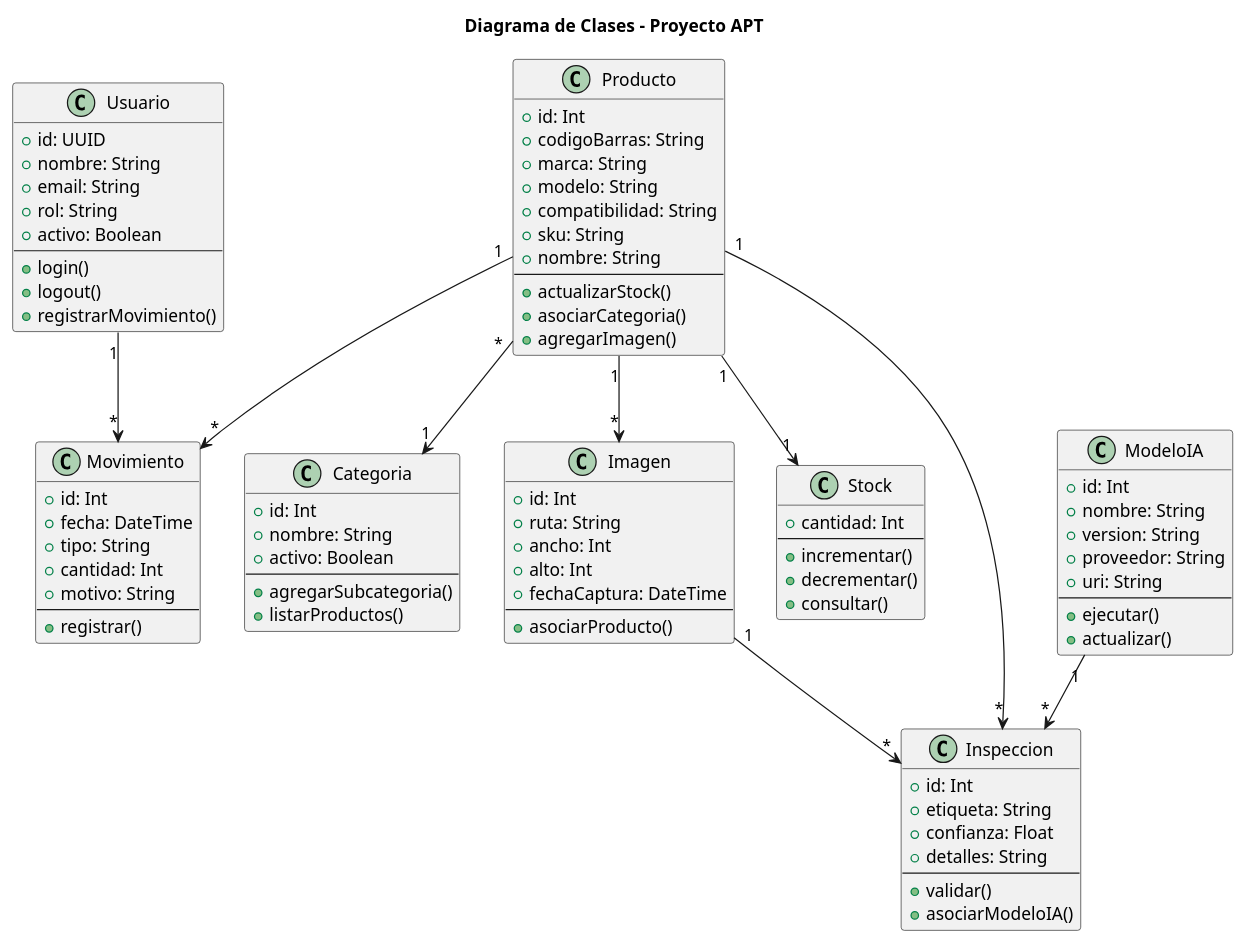
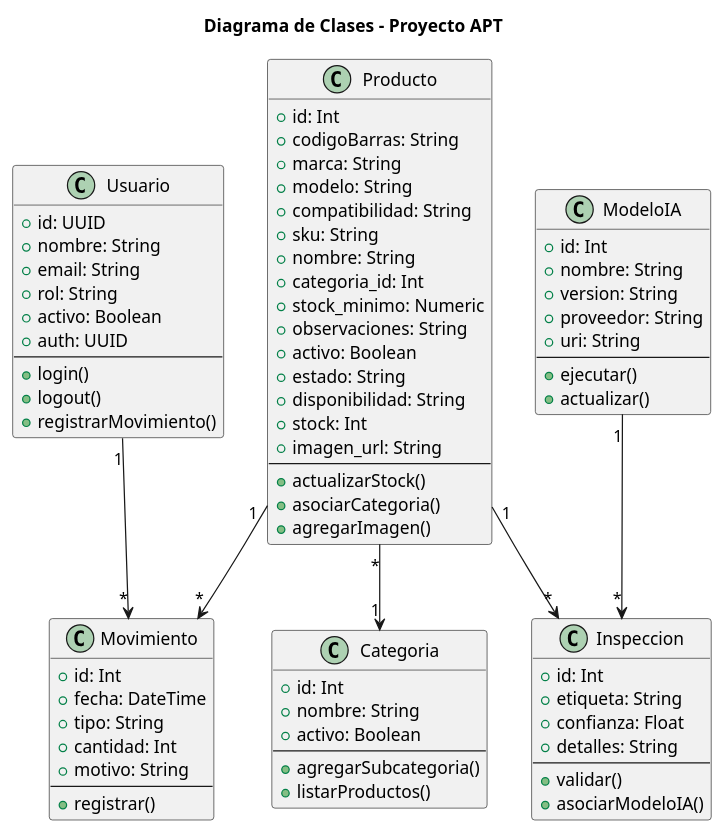
Before and after one commit to Tihare-Campusano/NEXA: the diagram in inventario-app/docs/diagramas/Diagrama_de_clase.puml, drawn with PlantUML. The commit also changed 10 other files, not shown here.

```diff
--- a/inventario-app/docs/diagramas/Diagrama_de_clase.puml
+++ b/inventario-app/docs/diagramas/Diagrama_de_clase.puml
@@ -1,98 +1,86 @@
 @startuml Diagrama_Clases_APT
 title Diagrama de Clases - Proyecto APT
 
 class Usuario {
     +id: UUID
     +nombre: String
     +email: String
     +rol: String
     +activo: Boolean
+    +auth: UUID
     --
     +login()
     +logout()
     +registrarMovimiento()
 }
 
 class Producto {
     +id: Int
     +codigoBarras: String
     +marca: String
     +modelo: String
     +compatibilidad: String
     +sku: String
     +nombre: String
+    +categoria_id: Int
+    +stock_minimo: Numeric
+    +observaciones: String
+    +activo: Boolean
+    +estado: String
+    +disponibilidad: String
+    +stock: Int
+    +imagen_url: String
     --
     +actualizarStock()
     +asociarCategoria()
     +agregarImagen()
 }
 
 class Categoria {
     +id: Int
     +nombre: String
     +activo: Boolean
     --
     +agregarSubcategoria()
     +listarProductos()
 }
 
-class Imagen {
-    +id: Int
-    +ruta: String
-    +ancho: Int
-    +alto: Int
-    +fechaCaptura: DateTime
-    --
-    +asociarProducto()
-}
-
 class Movimiento {
     +id: Int
     +fecha: DateTime
     +tipo: String
     +cantidad: Int
     +motivo: String
     --
     +registrar()
-}
-
-class Stock {
-    +cantidad: Int
-    --
-    +incrementar()
-    +decrementar()
-    +consultar()
 }
 
 class Inspeccion {
     +id: Int
     +etiqueta: String
     +confianza: Float
     +detalles: String
     --
     +validar()
     +asociarModeloIA()
 }
 
 class ModeloIA {
     +id: Int
     +nombre: String
     +version: String
     +proveedor: String
     +uri: String
     --
     +ejecutar()
     +actualizar()
 }
 
 ' Relaciones UML
 Usuario "1" --> "*" Movimiento
-Producto "1" --> "*" Imagen
-Producto "1" --> "1" Stock
 Producto "*" --> "1" Categoria
 Producto "1" --> "*" Movimiento
 Producto "1" --> "*" Inspeccion
-Imagen "1" --> "*" Inspeccion
 ModeloIA "1" --> "*" Inspeccion
 
 @enduml
```
